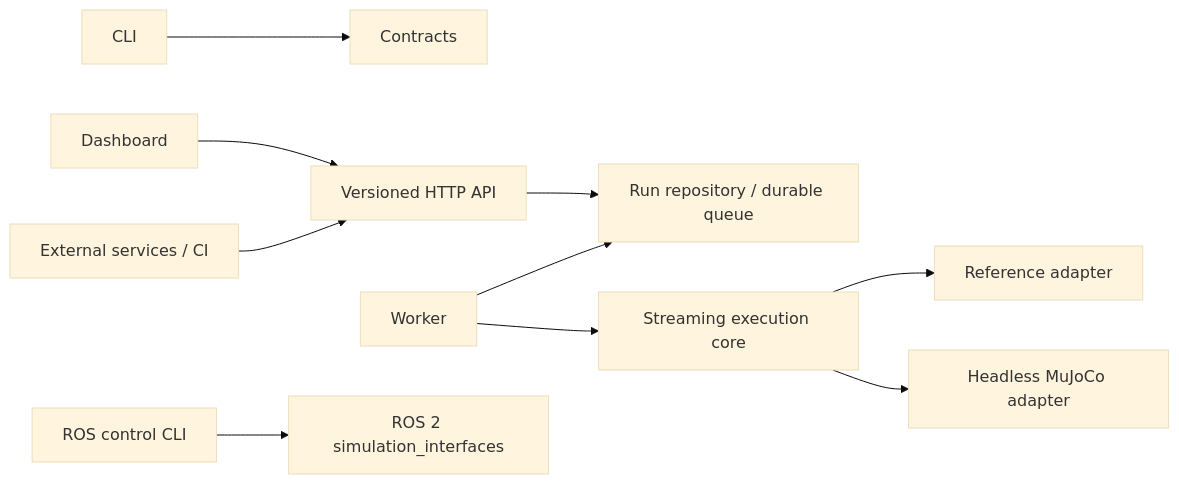
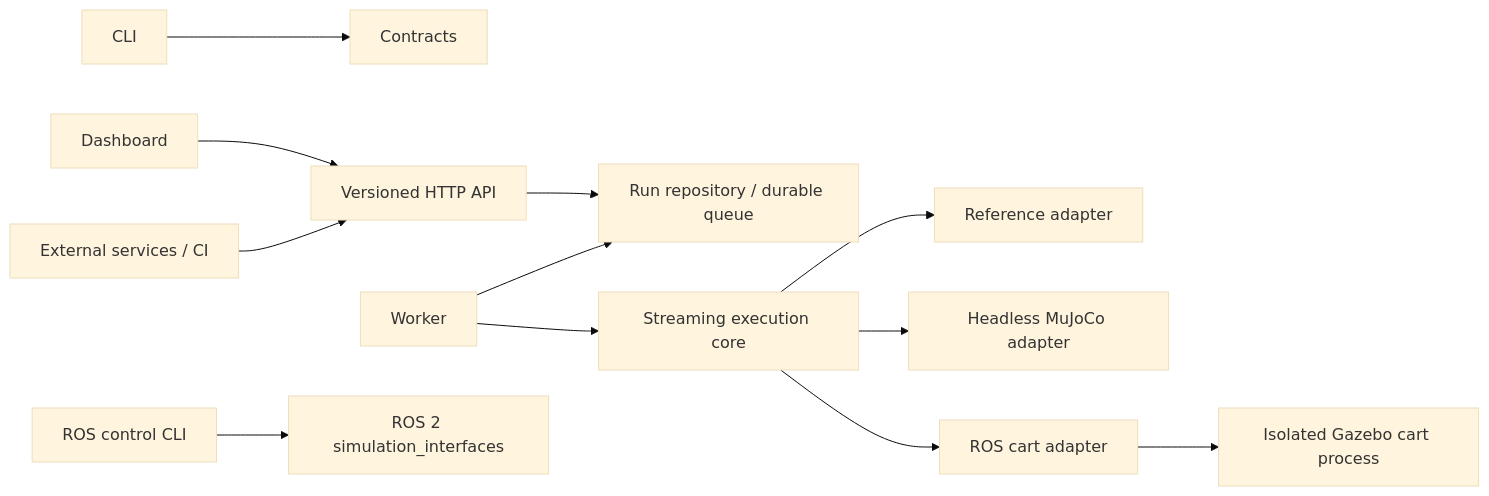
The diagram in docs/architecture/overview.md (xsparc/simweave), drawn with Mermaid (base theme) before and after one commit. The commit also changed other lines of this file and 48 other files, not shown here.

Commit message:
feat: execute isolated ROS/Gazebo cart experiments (#4)

````diff
--- a/docs/architecture/overview.md
+++ b/docs/architecture/overview.md
@@ -9,12 +9,14 @@
 ```mermaid
 flowchart LR
     CLI --> Contracts
     Dashboard --> API[Versioned HTTP API]
     SaaS[External services / CI] --> API
     API --> Store[Run repository / durable queue]
     Worker --> Store
     Worker --> Engine[Streaming execution core]
     Engine --> Reference[Reference adapter]
     Engine --> MuJoCo[Headless MuJoCo adapter]
+    Engine --> CartROS[ROS cart adapter]
+    CartROS --> Gazebo[Isolated Gazebo cart process]
     ROSCLI[ROS control CLI] --> ROS[ROS 2 simulation_interfaces]
 ```
````
